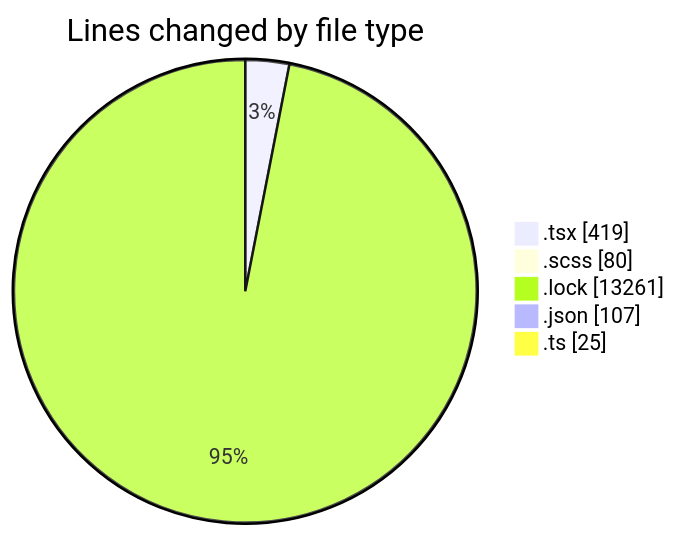
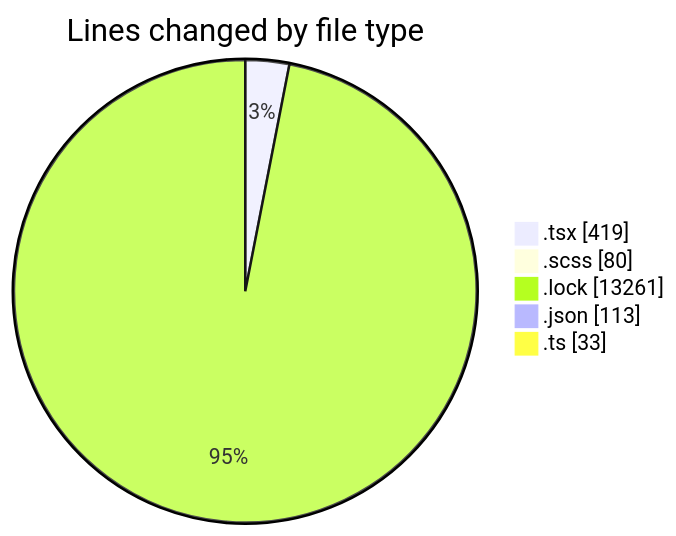
One commit to momahboobian/code-tracking changed the first of 2 diagrams in 2025-05-06/cda/README.md. Above: the diagram before and after it, drawn with Mermaid. The commit also changed other lines of this file and 1 other file, not shown here.

````diff
--- a/2025-05-06/cda/README.md
+++ b/2025-05-06/cda/README.md
@@ -29,9 +29,9 @@
 ```mermaid
 pie showData
 title Lines changed by file type
 ".tsx" : 419
 ".scss" : 80
 ".lock" : 13261
-".json" : 107
-".ts" : 25
+".json" : 113
+".ts" : 33
 ```
````
